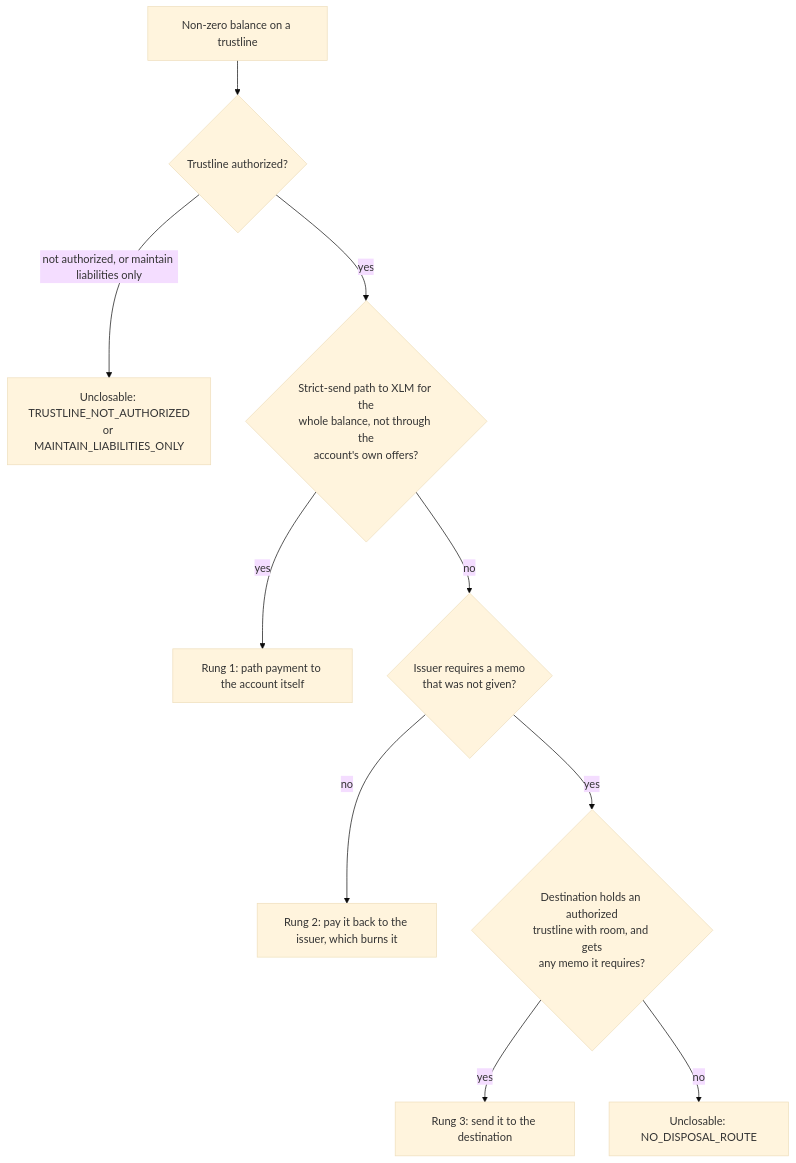
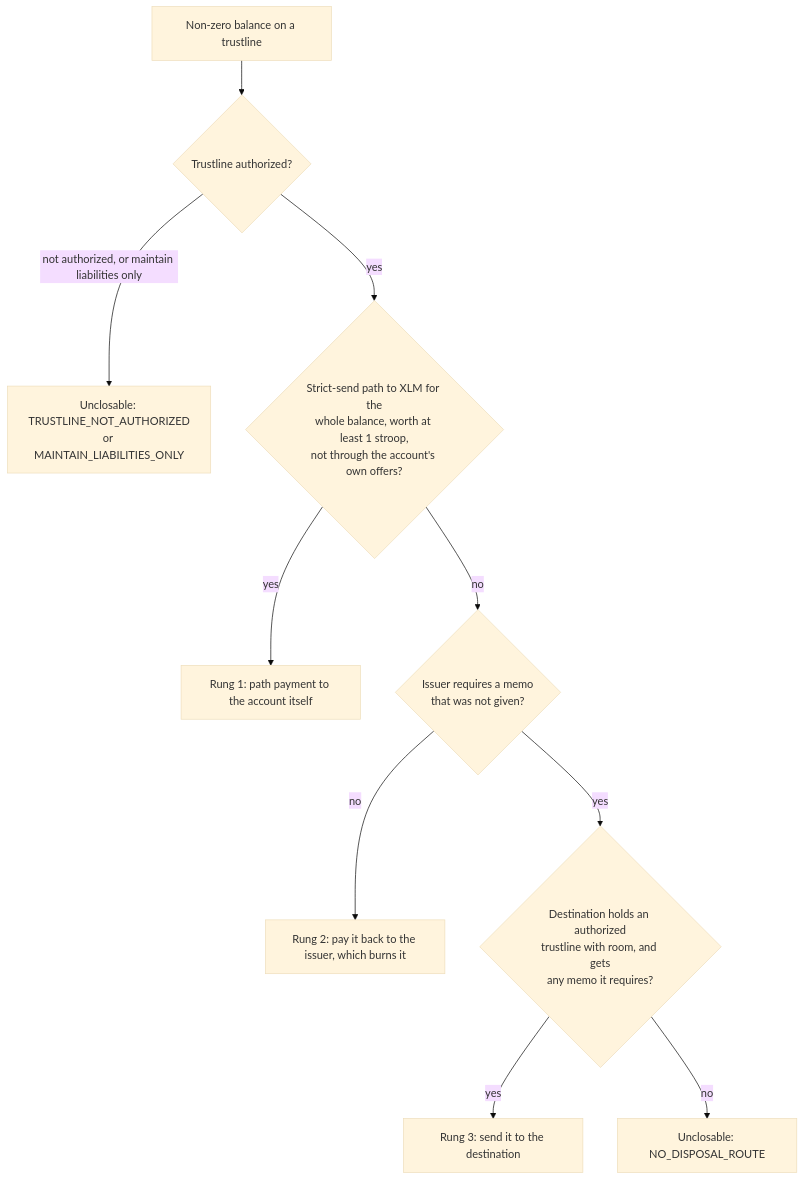
The second of 2 diagrams in docs/write-up.md (0xsimoneth/dustin), drawn with Mermaid (base theme) before and after one commit. The commit also changed other lines of this file, not shown here.

````diff
--- a/docs/write-up.md
+++ b/docs/write-up.md
@@ -126,12 +113,12 @@
 ```mermaid
 flowchart TD
   B["Non-zero balance on a trustline"] --> A{"Trustline authorized?"}
   A -->|"not authorized, or maintain liabilities only"| U1["Unclosable: TRUSTLINE_NOT_AUTHORIZED<br/>or MAINTAIN_LIABILITIES_ONLY"]
-  A -->|yes| P{"Strict-send path to XLM for the<br/>whole balance, not through the<br/>account's own offers?"}
+  A -->|yes| P{"Strict-send path to XLM for the<br/>whole balance, worth at least 1 stroop,<br/>not through the account's own offers?"}
   P -->|yes| R1["Rung 1: path payment to the account itself"]
   P -->|no| I{"Issuer requires a memo<br/>that was not given?"}
   I -->|no| R2["Rung 2: pay it back to the issuer, which burns it"]
   I -->|yes| D{"Destination holds an authorized<br/>trustline with room, and gets<br/>any memo it requires?"}
   D -->|yes| R3["Rung 3: send it to the destination"]
   D -->|no| U2["Unclosable: NO_DISPOSAL_ROUTE"]
 ```
````
